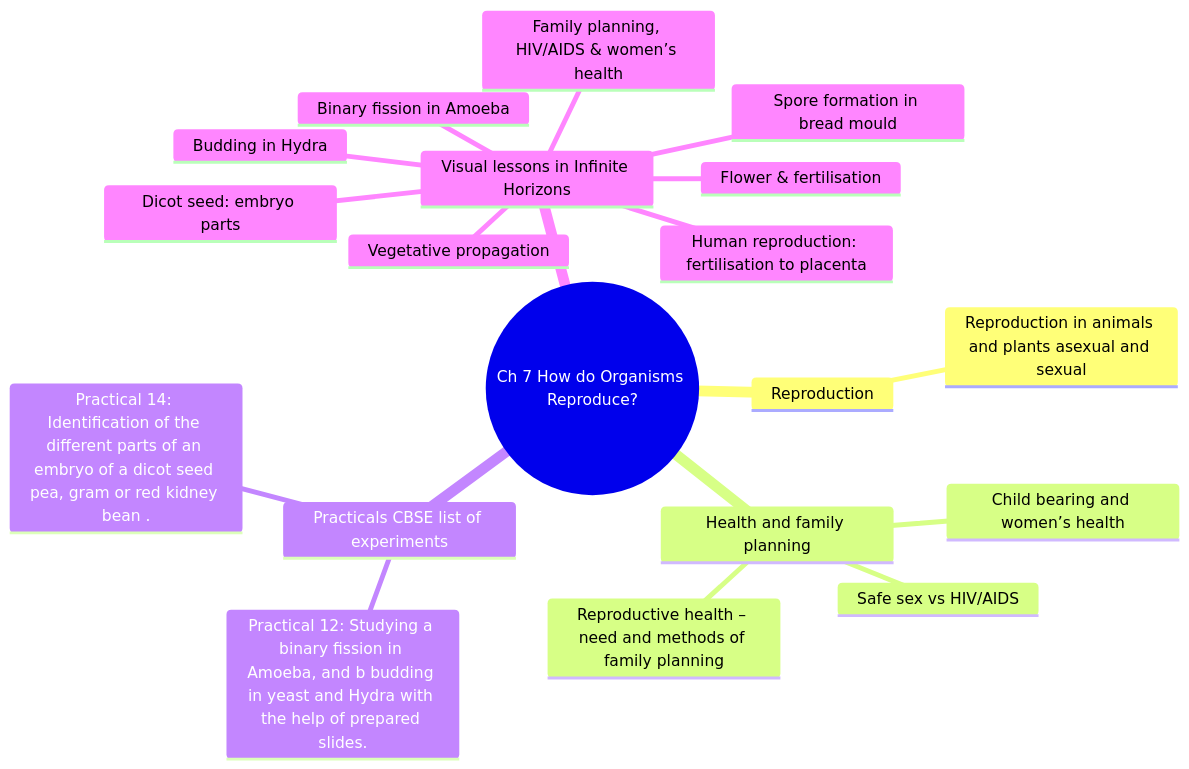
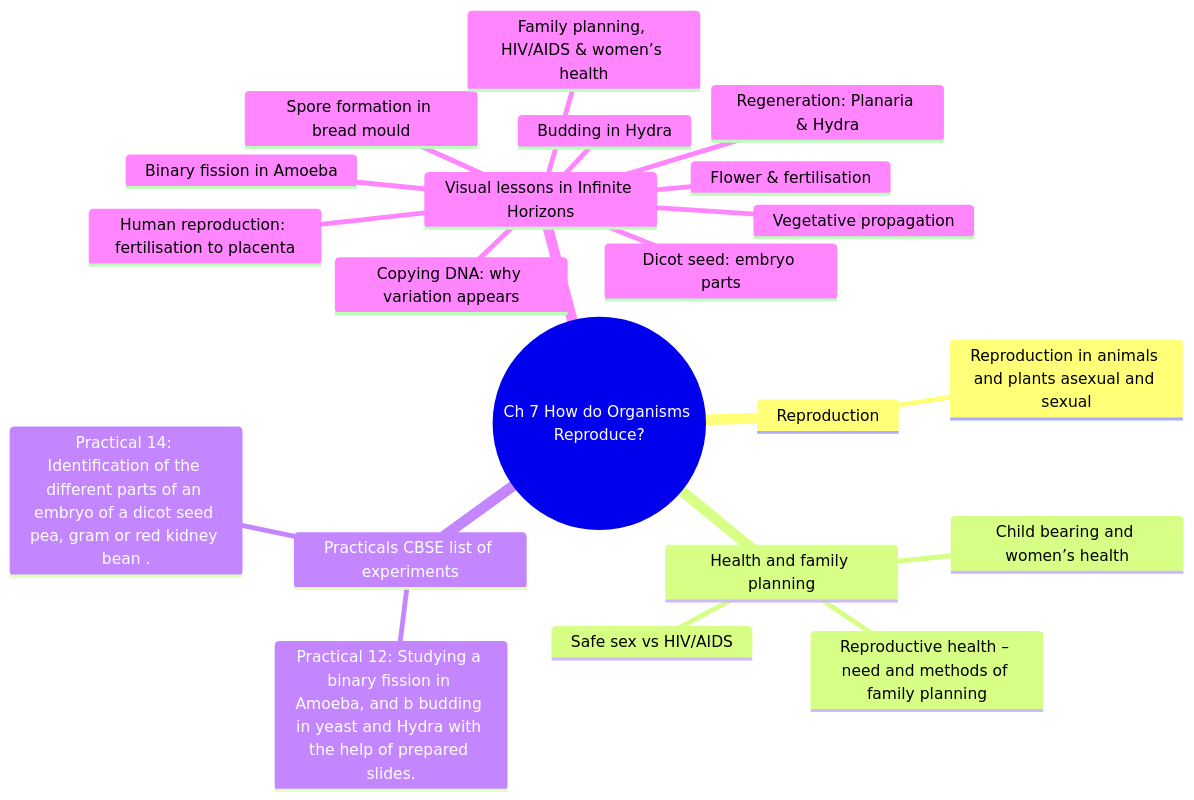
Diagram 19 of 26 in docs/CHAPTER_MINDMAPS.md (anveshix/ifinite-horizon), drawn with Mermaid before and after one commit. The commit also changed other lines of this file and 10 other files, not shown here.

First line of the commit message:
feat(class-x): build all remaining CBSE 2026-27 sub-topics (13 scenes: life processes, respiration, plant excretion, variation, regeneration, evolution set, energy changes, pH in daily life, chemicals from salt, optical applications)

````diff
--- a/docs/CHAPTER_MINDMAPS.md
+++ b/docs/CHAPTER_MINDMAPS.md
@@ -670,22 +676,24 @@
 ```mermaid
 mindmap
   root((Ch 7 How do Organisms Reproduce?))
     Reproduction
       Reproduction in animals and plants asexual and sexual
     Health and family planning
       Reproductive health – need and methods of family planning
       Safe sex vs HIV/AIDS
       Child bearing and women’s health
     Practicals CBSE list of experiments
       Practical 12: Studying a binary fission in Amoeba, and b budding in yeast and Hydra with the help of prepared slides.
       Practical 14: Identification of the different parts of an embryo of a dicot seed pea, gram or red kidney bean .
     Visual lessons in Infinite Horizons
       Human reproduction: fertilisation to placenta
       Binary fission in Amoeba
       Budding in Hydra
       Vegetative propagation
       Flower & fertilisation
+      Copying DNA: why variation appears
+      Regeneration: Planaria & Hydra
       Spore formation in bread mould
       Dicot seed: embryo parts
       Family planning, HIV/AIDS & women’s health
 ```
````
